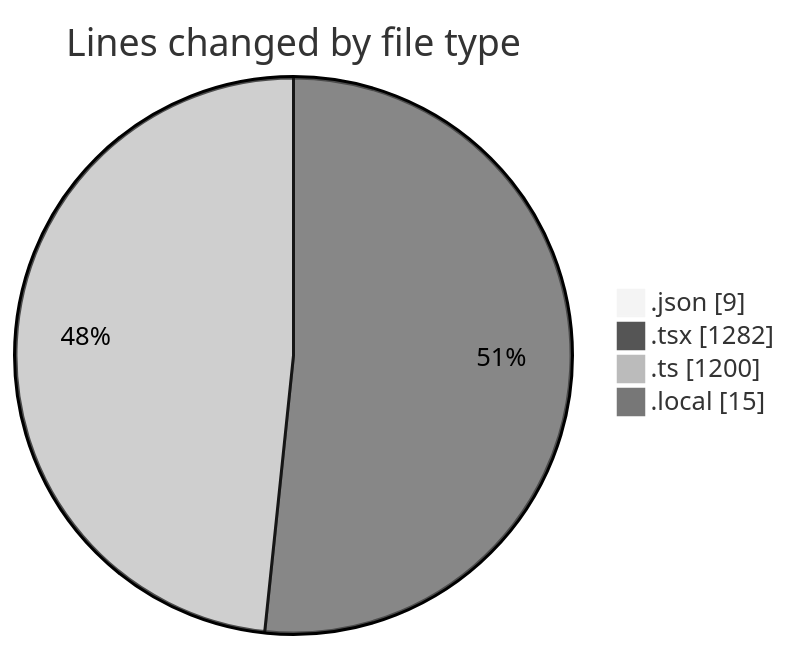
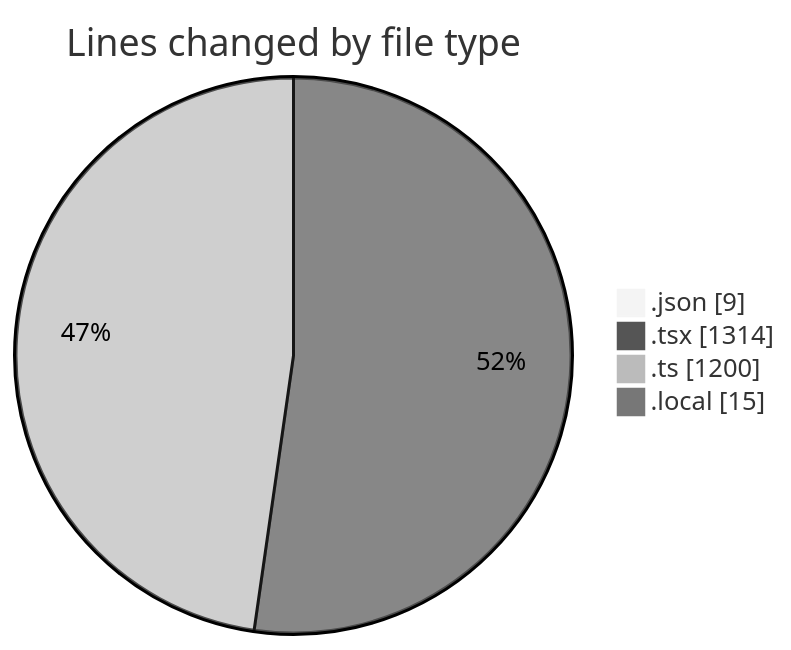
Before and after one commit to julien-gomy/code-tracking: the first of 2 diagrams in 2025-10-27/eventscop-frontend-guide__workspace_/README.md, drawn with Mermaid (neutral theme). The commit also changed other lines of this file and 1 other file, not shown here.

````diff
--- a/2025-10-27/eventscop-frontend-guide__workspace_/README.md
+++ b/2025-10-27/eventscop-frontend-guide__workspace_/README.md
@@ -31,8 +31,8 @@
 ```mermaid
 pie showData
 title Lines changed by file type
 ".json" : 9
-".tsx" : 1282
+".tsx" : 1314
 ".ts" : 1200
 ".local" : 15
 ```
````
